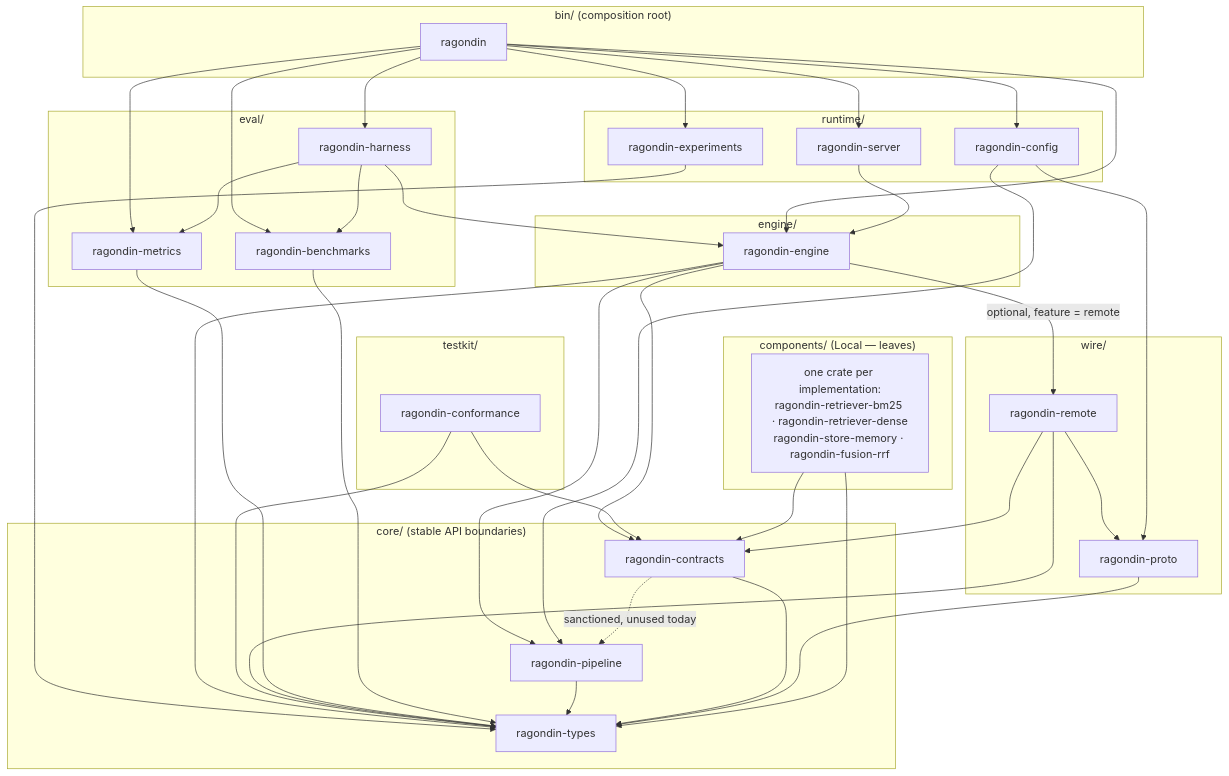
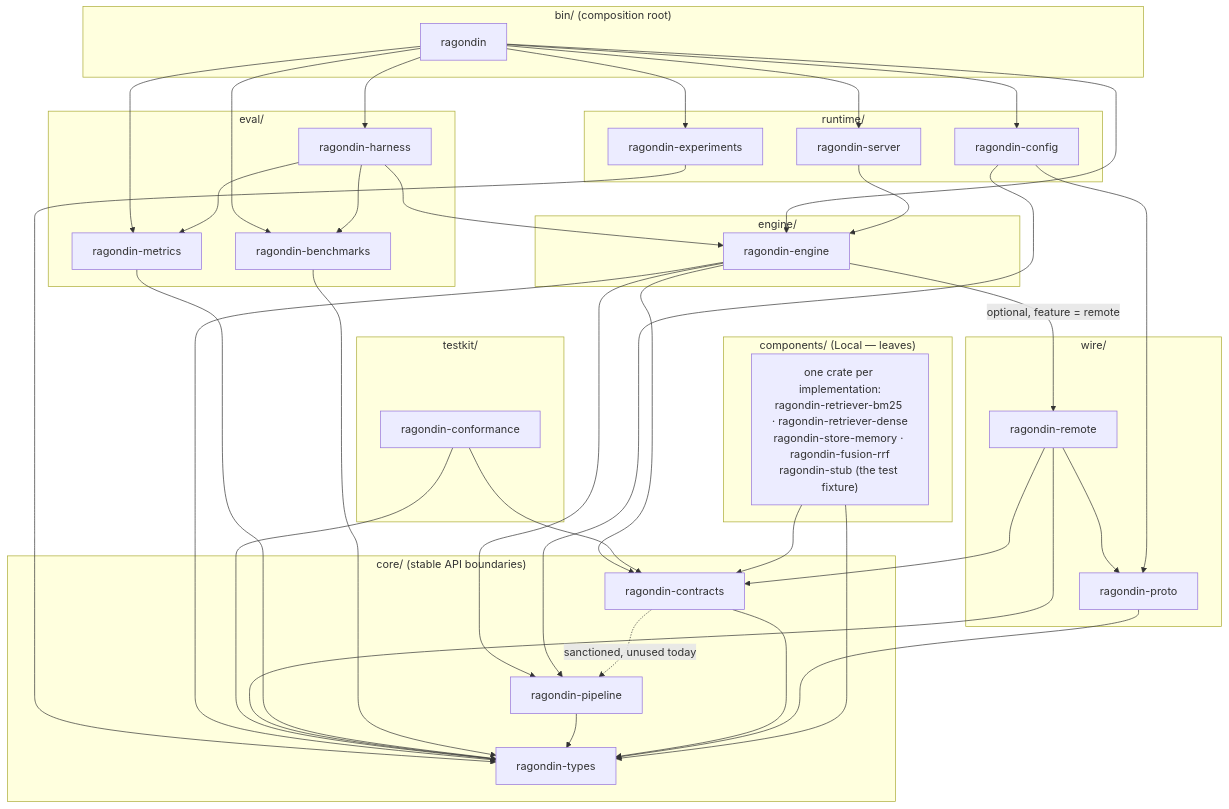
Before and after one commit to genesary/Ragondin: the first of 4 diagrams in docs/code-architecture.md, drawn with Mermaid. The commit also changed other lines of this file and 14 other files, not shown here.

First line of the commit message:
test(ragondin-stub): stub components and the first end-to-end vertical slice (#206)

````diff
--- a/docs/code-architecture.md
+++ b/docs/code-architecture.md
@@ -180,51 +180,51 @@
 ```mermaid
 flowchart TB
   subgraph BIN["bin/ (composition root)"]
     RAG[ragondin]
   end
   subgraph RUNTIME["runtime/"]
     SRV[ragondin-server]
     EXP[ragondin-experiments]
     CFG[ragondin-config]
   end
   subgraph EVAL["eval/"]
     HAR[ragondin-harness]
     MET[ragondin-metrics]
     BEN[ragondin-benchmarks]
   end
   subgraph ENGINE["engine/"]
     ENG[ragondin-engine]
   end
   subgraph TESTKIT["testkit/"]
     CNF[ragondin-conformance]
   end
   subgraph COMP["components/ (Local — leaves)"]
-    CX["one crate per implementation:<br/>ragondin-retriever-bm25 · ragondin-retriever-dense<br/>ragondin-store-memory · ragondin-fusion-rrf"]
+    CX["one crate per implementation:<br/>ragondin-retriever-bm25 · ragondin-retriever-dense<br/>ragondin-store-memory · ragondin-fusion-rrf<br/>ragondin-stub (the test fixture)"]
   end
   subgraph WIRE["wire/"]
     PRO[ragondin-proto]
     REM[ragondin-remote]
   end
   subgraph CORE["core/ (stable API boundaries)"]
     CON[ragondin-contracts]
     PIP[ragondin-pipeline]
     TYP[ragondin-types]
   end
 
   RAG --> SRV & HAR & EXP & CFG & ENG & MET & BEN
   SRV --> ENG
   HAR --> ENG & MET & BEN
   EXP --> TYP
   ENG --> CON & PIP & TYP
   ENG -->|"optional, feature = remote"| REM
   CNF --> CON & TYP
   REM --> CON & TYP & PRO
   MET --> TYP
   BEN --> TYP
   CFG --> PIP & PRO
   CON -.->|"sanctioned, unused today"| PIP
   PIP --> TYP
   CON --> TYP
   PRO --> TYP
   CX --> CON & TYP
 ```
````
